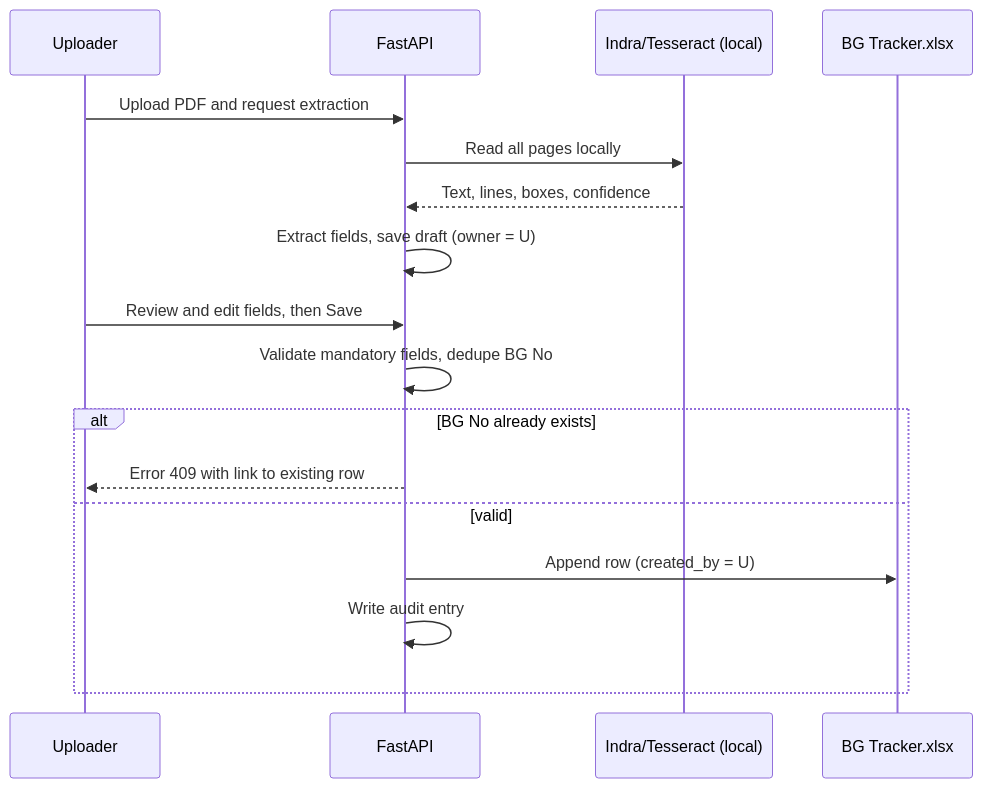
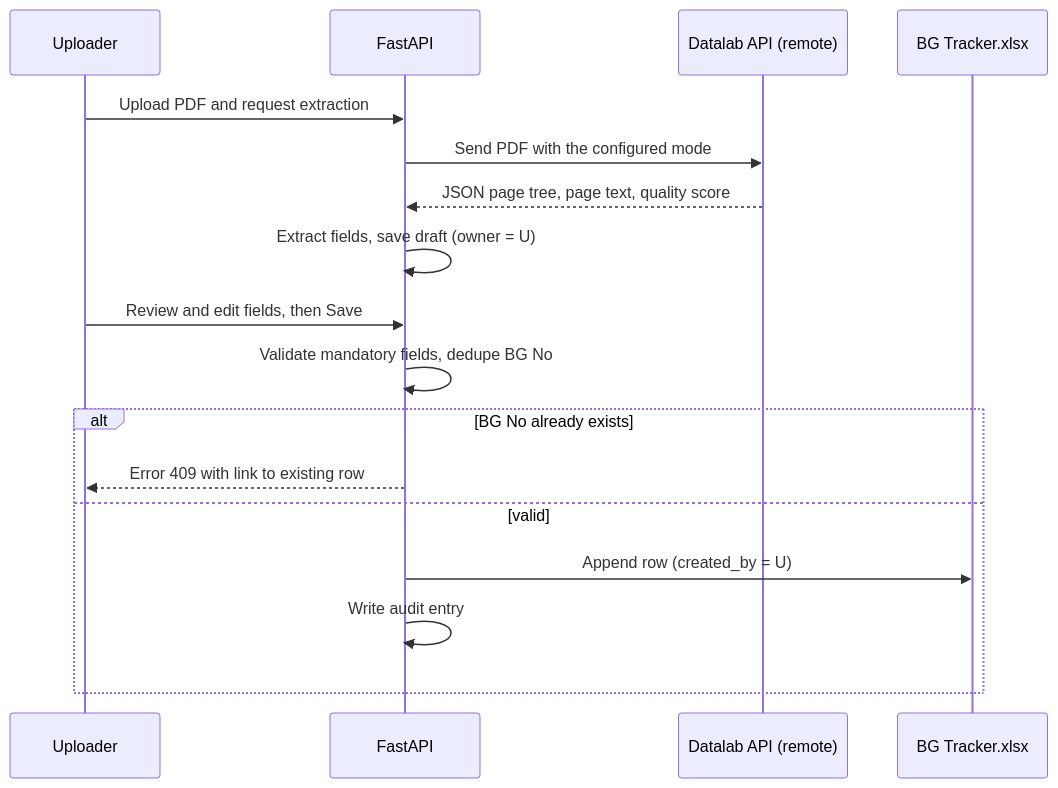
One commit to LaxmiKhilnani-nhit/Bank-Guarantee-Automation changed the first of 4 diagrams in plan/05-flows.md. Above: the diagram before and after it, drawn with Mermaid. The commit also changed other lines of this file and 22 other files, not shown here.

First line of the commit message:
Switch OCR to the Datalab API

````diff
--- a/plan/05-flows.md
+++ b/plan/05-flows.md
@@ -23,19 +23,19 @@
 ```mermaid
 sequenceDiagram
   participant U as Uploader
   participant API as FastAPI
-  participant OCR as Indra/Tesseract (local)
+  participant OCR as Datalab API (remote)
   participant X as BG Tracker.xlsx
   U->>API: Upload PDF and request extraction
-  API->>OCR: Read all pages locally
-  OCR-->>API: Text, lines, boxes, confidence
+  API->>OCR: Send PDF with the configured mode
+  OCR-->>API: JSON page tree, page text, quality score
   API->>API: Extract fields, save draft (owner = U)
   U->>API: Review and edit fields, then Save
   API->>API: Validate mandatory fields, dedupe BG No
   alt BG No already exists
     API-->>U: Error 409 with link to existing row
   else valid
     API->>X: Append row (created_by = U)
     API->>API: Write audit entry
   end
 ```
````
